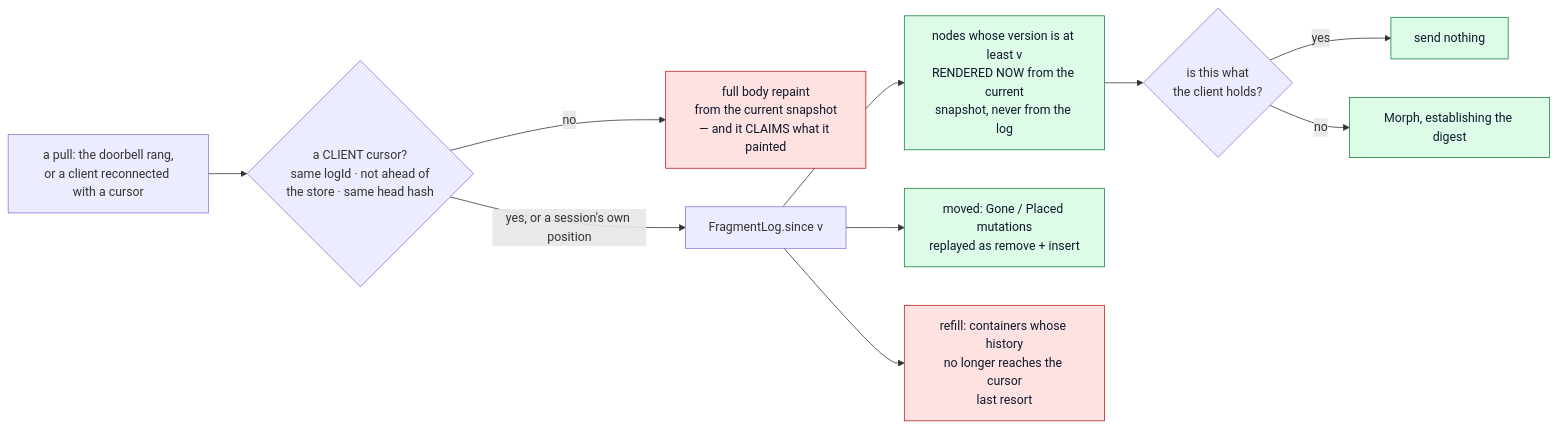
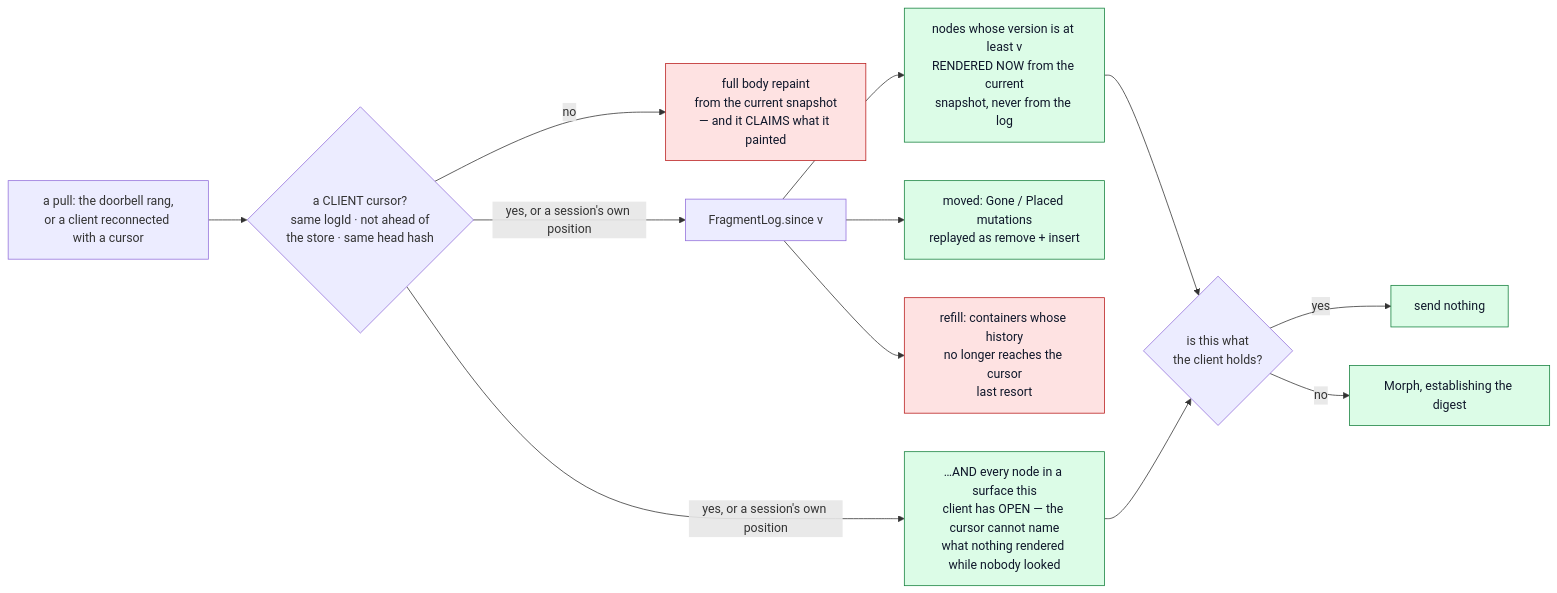
Before and after one commit to perok/functional-home-assistant: the third of 3 diagrams in docs/architecture-rendering-pipeline.md, drawn with Mermaid. The commit also changed other lines of this file, not shown here.

First line of the commit message:
docs: audit the diagrams against what actually landed

````diff
--- a/docs/architecture-rendering-pipeline.md
+++ b/docs/architecture-rendering-pipeline.md
@@ -407,17 +417,19 @@
 ```mermaid
 flowchart LR
   RC["a pull: the doorbell rang,<br/>or a client reconnected with a cursor"] --> Q{"a CLIENT cursor?<br/>same logId · not ahead of<br/>the store · same head hash"}
   Q -->|no| REPAINT["full body repaint<br/>from the current snapshot<br/>— and it CLAIMS what it painted"]
   Q -->|yes, or a session's own position| SINCE["FragmentLog.since v"]
   SINCE --> N["nodes whose version is at least v<br/>RENDERED NOW from the current<br/>snapshot, never from the log"]
   SINCE --> M["moved: Gone / Placed mutations<br/>replayed as remove + insert"]
   SINCE --> R["refill: containers whose history<br/>no longer reaches the cursor<br/>last resort"]
+  Q -->|yes, or a session's own position| OPENN["…AND every node in a surface this<br/>client has OPEN — the cursor cannot name<br/>what nothing rendered while nobody looked"]
   N --> HOLD{"is this what<br/>the client holds?"}
+  OPENN --> HOLD
   HOLD -->|yes| DROP["send nothing"]
   HOLD -->|no| SEND["Morph, establishing the digest"]
 
   classDef ok fill:#dcfce7,stroke:#15803d,color:#0f172a
   classDef bad fill:#fee2e2,stroke:#b91c1c,color:#0f172a
-  class N,M,SEND,DROP ok
+  class N,M,OPENN,SEND,DROP ok
   class REPAINT,R bad
 ```
````
